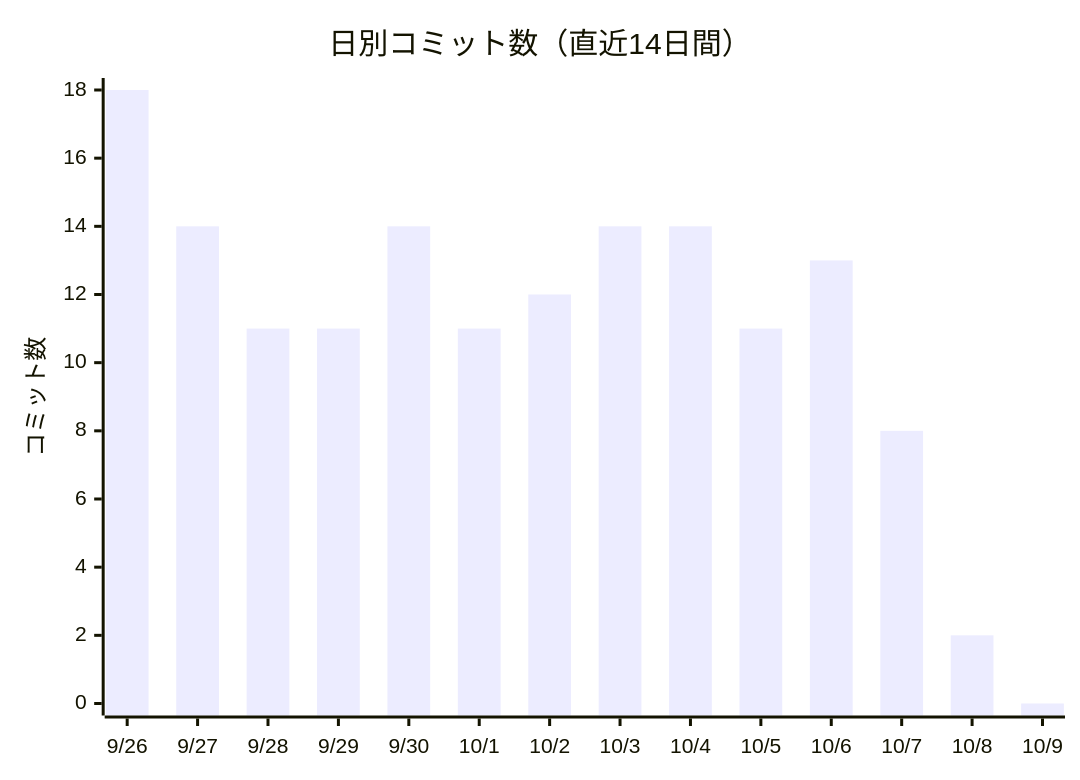
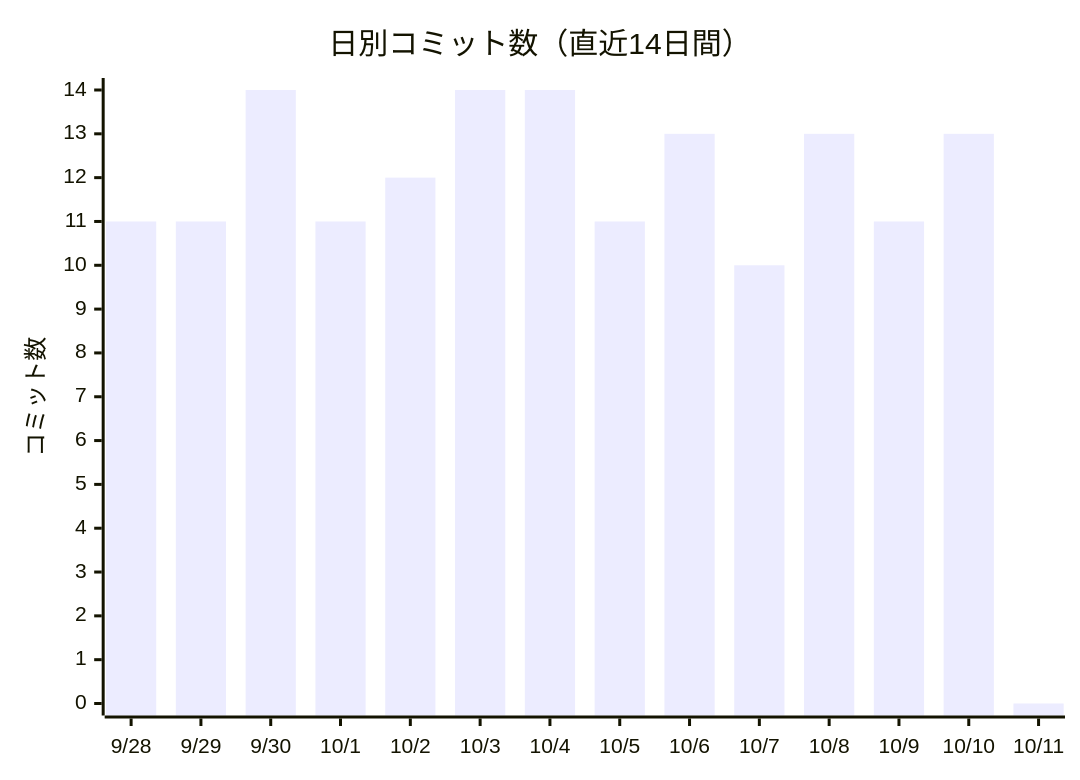
The first of 2 diagrams in docs/進化レポート.md (non-x2/non-x2), drawn with Mermaid before and after one commit. The commit also changed other lines of this file and 3 other files, not shown here.

````diff
--- a/docs/進化レポート.md
+++ b/docs/進化レポート.md
@@ -23,7 +23,7 @@
 ```mermaid
 xychart-beta
     title "日別コミット数（直近14日間）"
-    x-axis ["9/26", "9/27", "9/28", "9/29", "9/30", "10/1", "10/2", "10/3", "10/4", "10/5", "10/6", "10/7", "10/8", "10/9"]
+    x-axis ["9/28", "9/29", "9/30", "10/1", "10/2", "10/3", "10/4", "10/5", "10/6", "10/7", "10/8", "10/9", "10/10", "10/11"]
     y-axis "コミット数"
-    bar [18, 14, 11, 11, 14, 11, 12, 14, 14, 11, 13, 8, 2, 0]
+    bar [11, 11, 14, 11, 12, 14, 14, 11, 13, 10, 13, 11, 13, 0]
 ```
````
